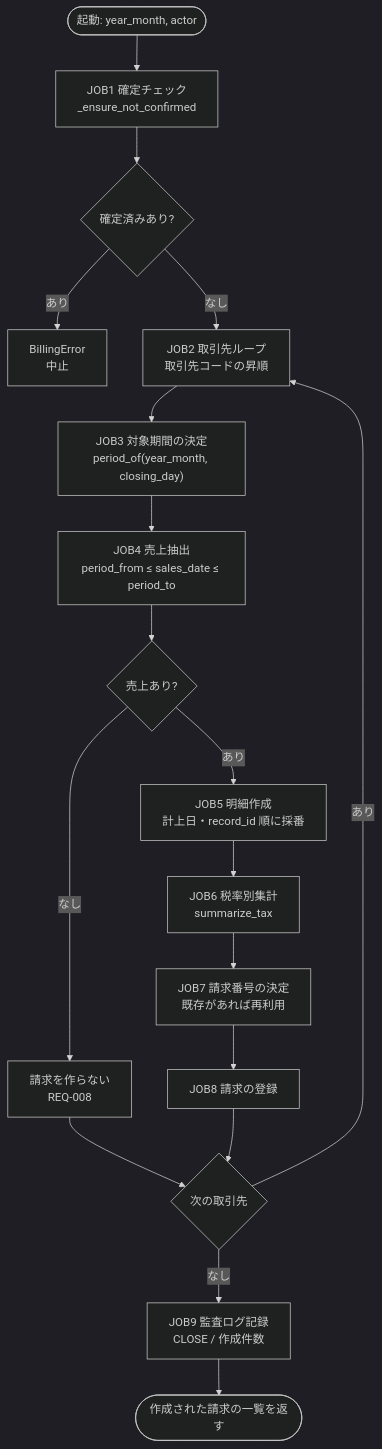
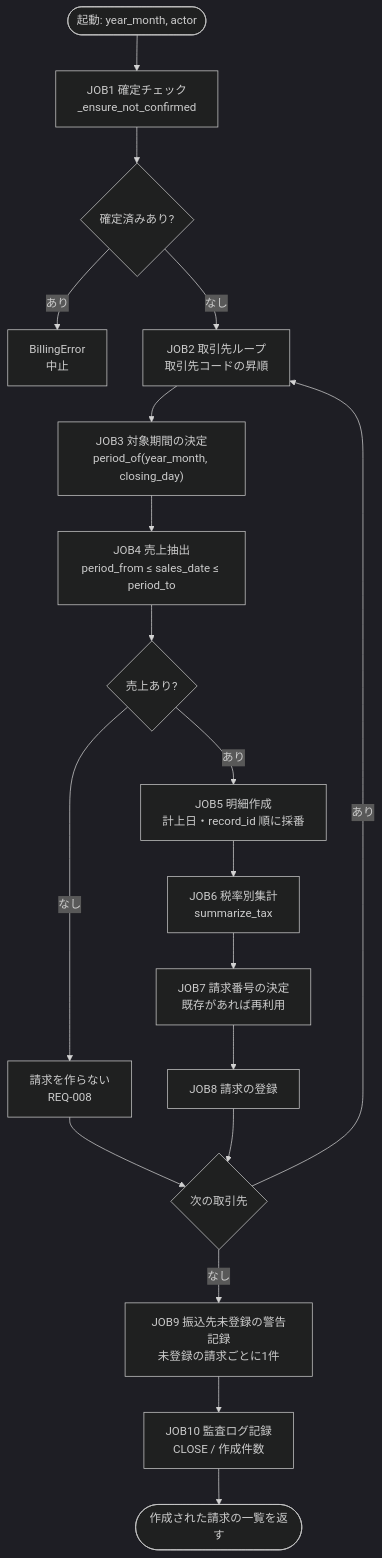
The first of 2 diagrams in examples/monthly-billing/docs/deliverables/batch/02-batch-flow.md (SeckeyJP/j-six), drawn with Mermaid (dark theme) before and after one commit. The commit also changed other lines of this file and 25 other files, not shown here.

````diff
--- a/examples/monthly-billing/docs/deliverables/batch/02-batch-flow.md
+++ b/examples/monthly-billing/docs/deliverables/batch/02-batch-flow.md
@@ -9,20 +9,21 @@
 ```mermaid
 flowchart TD
     START([起動: year_month, actor]) --> J1
     J1["JOB1 確定チェック<br/>_ensure_not_confirmed"] --> J1D{確定済みあり?}
     J1D -->|あり| ERR["BillingError<br/>中止"]
     J1D -->|なし| J2["JOB2 取引先ループ<br/>取引先コードの昇順"]
     J2 --> J3["JOB3 対象期間の決定<br/>period_of(year_month, closing_day)"]
     J3 --> J4["JOB4 売上抽出<br/>period_from ≤ sales_date ≤ period_to"]
     J4 --> J4D{売上あり?}
     J4D -->|なし| SKIP["請求を作らない<br/>REQ-008"]
     J4D -->|あり| J5["JOB5 明細作成<br/>計上日・record_id 順に採番"]
     J5 --> J6["JOB6 税率別集計<br/>summarize_tax"]
     J6 --> J7["JOB7 請求番号の決定<br/>既存があれば再利用"]
     J7 --> J8["JOB8 請求の登録"]
     SKIP --> NEXT{次の取引先}
     J8 --> NEXT
     NEXT -->|あり| J2
-    NEXT -->|なし| J9["JOB9 監査ログ記録<br/>CLOSE / 作成件数"]
-    J9 --> END([作成された請求の一覧を返す])
+    NEXT -->|なし| J9["JOB9 振込先未登録の警告記録<br/>未登録の請求ごとに1件"]
+    J9 --> J10["JOB10 監査ログ記録<br/>CLOSE / 作成件数"]
+    J10 --> END([作成された請求の一覧を返す])
 ```
````
